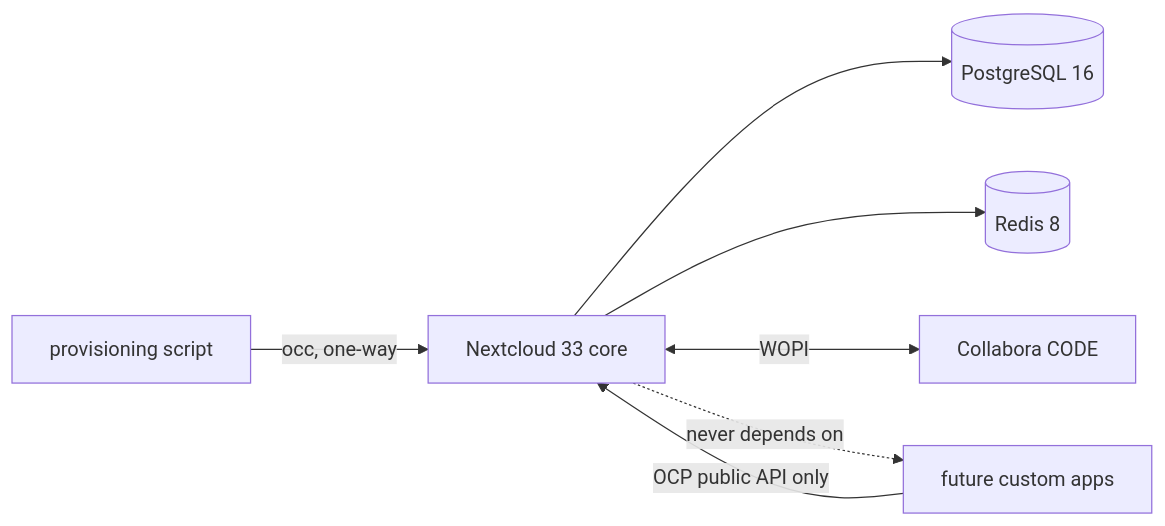
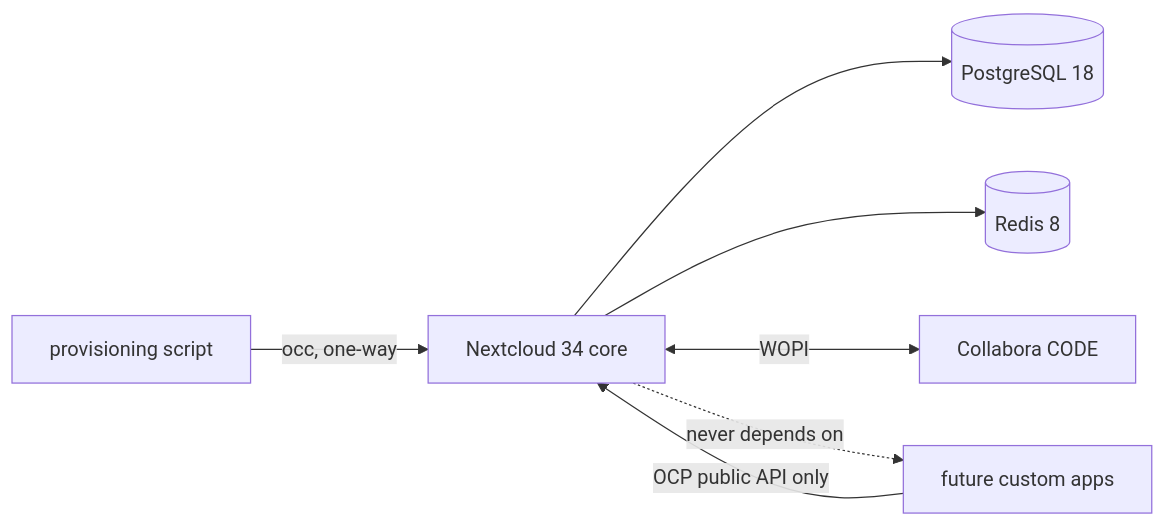
The first of 3 diagrams in docs/planning/architecture/architecture-apsconecta-gestion-2026-07-18/ARCHITECTURE-SPINE.md (APS-Conecta/gestion), drawn with Mermaid before and after one commit. The commit also changed other lines of this file and 14 other files, not shown here.

````diff
--- a/docs/planning/architecture/architecture-apsconecta-gestion-2026-07-18/ARCHITECTURE-SPINE.md
+++ b/docs/planning/architecture/architecture-apsconecta-gestion-2026-07-18/ARCHITECTURE-SPINE.md
@@ -41,9 +41,9 @@
 ```mermaid
 graph LR
-  PROV[provisioning script] -->|occ, one-way| NC[Nextcloud 33 core]
-  NC --> PG[(PostgreSQL 16)]
+  PROV[provisioning script] -->|occ, one-way| NC[Nextcloud 34 core]
+  NC --> PG[(PostgreSQL 18)]
   NC --> REDIS[(Redis 8)]
   NC <-->|WOPI| COOL[Collabora CODE]
   APPS[future custom apps] -->|OCP public API only| NC
   NC -. never depends on .-> APPS
 ```
````
